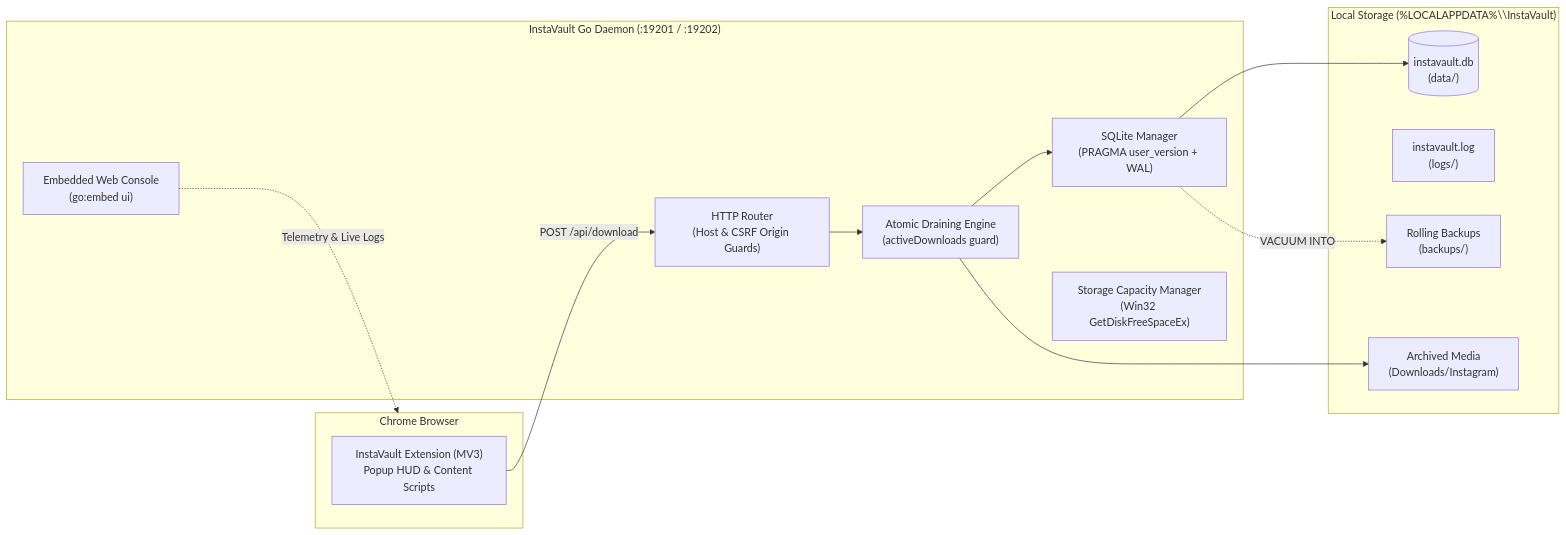
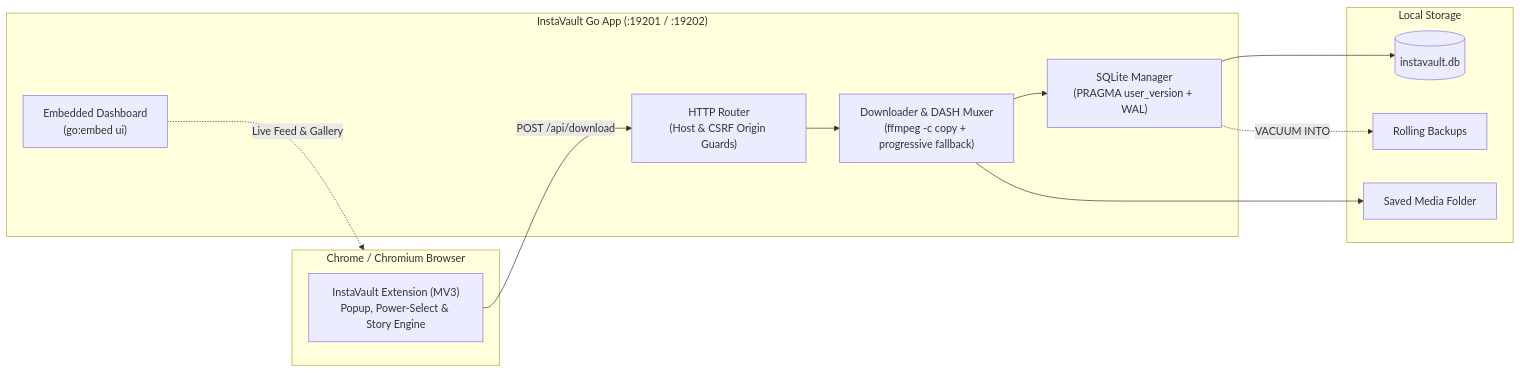
One commit to vampdued/instavault changed the diagram in README.md. Above: the diagram before and after it, drawn with Mermaid. The commit also changed other lines of this file and 25 other files, not shown here.

````diff
--- a/README.md
+++ b/README.md
@@ -25,29 +87,27 @@
 ```mermaid
 flowchart LR
-    subgraph Browser ["Chrome Browser"]
-        Ext["InstaVault Extension (MV3)<br/>Popup HUD & Content Scripts"]
+    subgraph Browser ["Chrome / Chromium Browser"]
+        Ext["InstaVault Extension (MV3)<br/>Popup, Power-Select & Story Engine"]
     end
 
-    subgraph Daemon ["InstaVault Go Daemon (:19201 / :19202)"]
+    subgraph Server ["InstaVault Go App (:19201 / :19202)"]
         Router["HTTP Router<br/>(Host & CSRF Origin Guards)"]
-        Draining["Atomic Draining Engine<br/>(activeDownloads guard)"]
+        Muxer["Downloader & DASH Muxer<br/>(ffmpeg -c copy + progressive fallback)"]
         DBMgr["SQLite Manager<br/>(PRAGMA user_version + WAL)"]
-        DiskMgr["Storage Capacity Manager<br/>(Win32 GetDiskFreeSpaceEx)"]
-        WebUI["Embedded Web Console<br/>(go:embed ui)"]
+        WebUI["Embedded Dashboard<br/>(go:embed ui)"]
     end
 
-    subgraph Storage ["Local Storage (%LOCALAPPDATA%\\InstaVault)"]
-        DB[("instavault.db<br/>(data/)")]
-        Logs["instavault.log<br/>(logs/)"]
-        Backups["Rolling Backups<br/>(backups/)"]
-        MediaFiles["Archived Media<br/>(Downloads/Instagram)"]
+    subgraph Storage ["Local Storage"]
+        DB[("instavault.db")]
+        Backups["Rolling Backups"]
+        MediaFiles["Saved Media Folder"]
     end
 
     Ext -->|"POST /api/download"| Router
-    Router --> Draining
-    Draining --> DBMgr
-    Draining --> MediaFiles
+    Router --> Muxer
+    Muxer --> MediaFiles
+    Muxer --> DBMgr
     DBMgr --> DB
     DBMgr -.->|"VACUUM INTO"| Backups
-    WebUI -.->|"Telemetry & Live Logs"| Browser
+    WebUI -.->|"Live Feed & Gallery"| Browser
 ```
````
